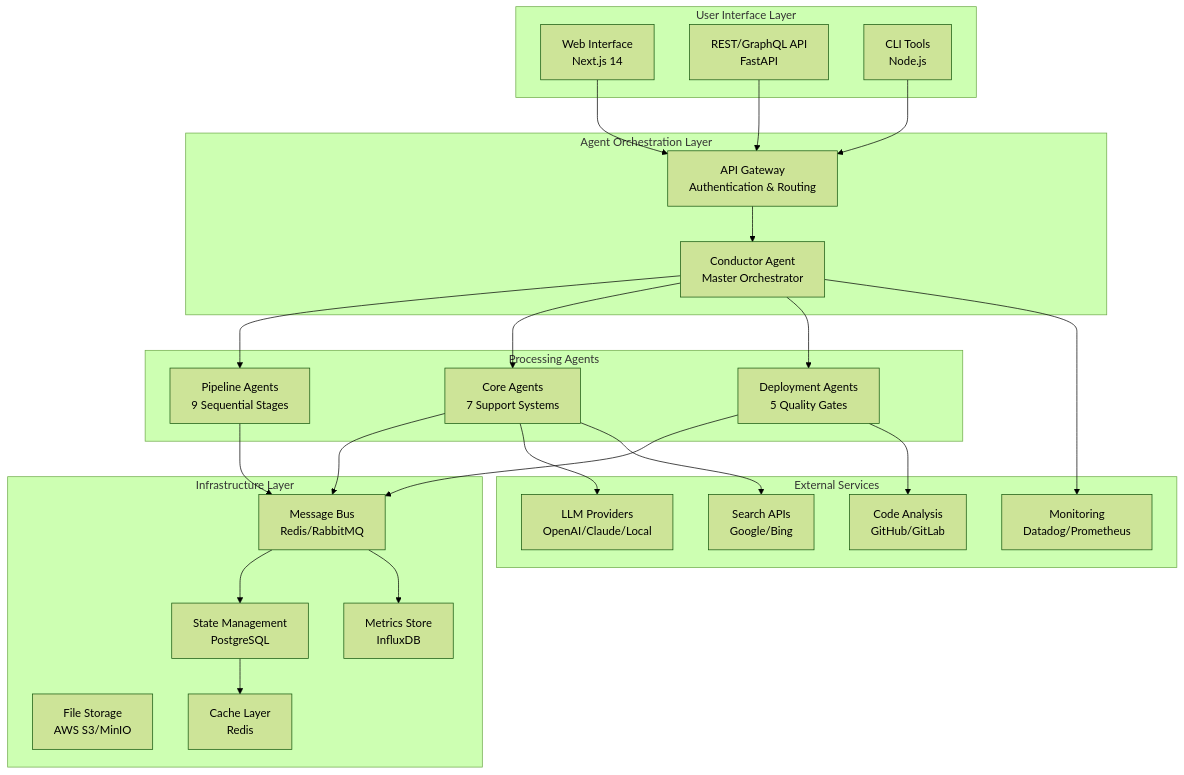
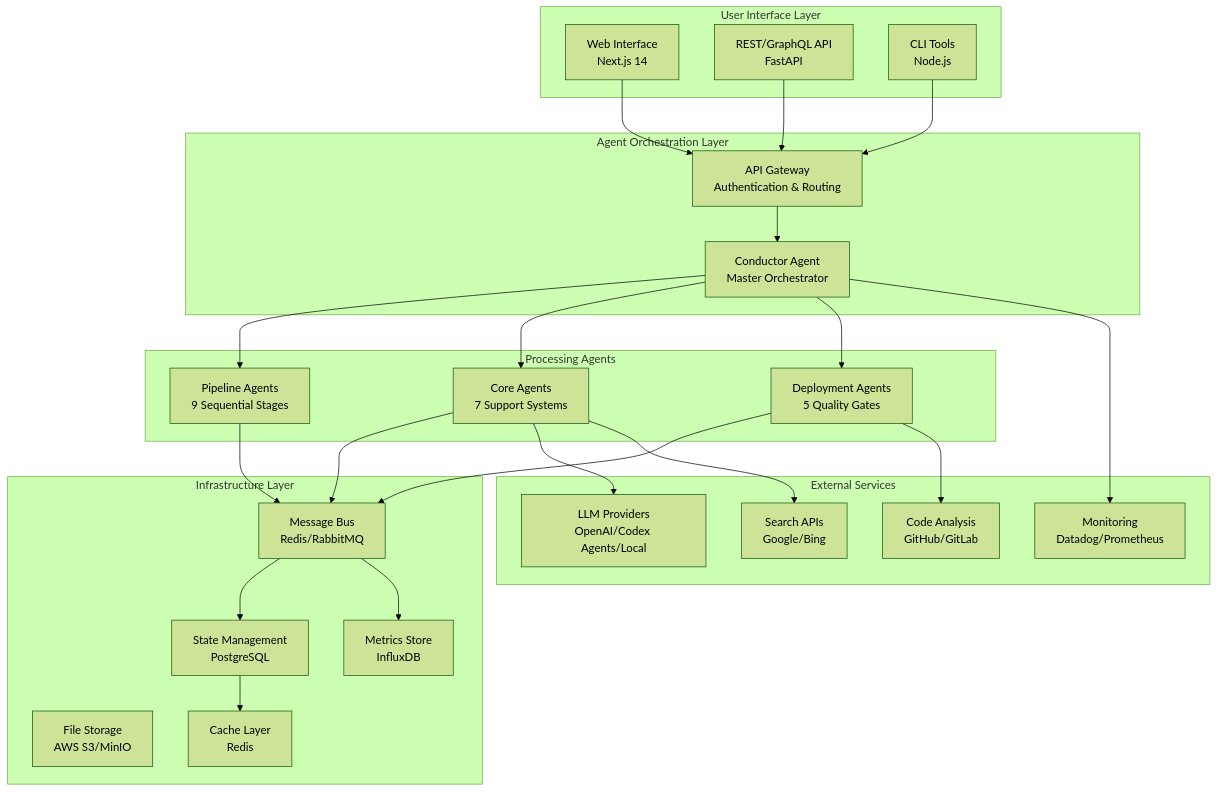
One commit to jeremybuehler/idea-2-startup changed the first of 5 diagrams in docs/ARCHITECTURE.md. Above: the diagram before and after it, drawn with Mermaid (forest theme). The commit also changed other lines of this file and 17 other files, not shown here.

Commit message:
🤖 Adopt Codex Agents workflow

````diff
--- a/docs/ARCHITECTURE.md
+++ b/docs/ARCHITECTURE.md
@@ -13,56 +13,56 @@
 ```mermaid
 graph TB
     subgraph "User Interface Layer"
         UI[Web Interface<br/>Next.js 14]
         API[REST/GraphQL API<br/>FastAPI]
         CLI[CLI Tools<br/>Node.js]
     end
     
     subgraph "Agent Orchestration Layer"
         Conductor[Conductor Agent<br/>Master Orchestrator]
         Gateway[API Gateway<br/>Authentication & Routing]
     end
     
     subgraph "Processing Agents"
         Pipeline[Pipeline Agents<br/>9 Sequential Stages]
         Core[Core Agents<br/>7 Support Systems]  
         Deploy[Deployment Agents<br/>5 Quality Gates]
     end
     
     subgraph "Infrastructure Layer"
         MessageBus[Message Bus<br/>Redis/RabbitMQ]
         StateStore[State Management<br/>PostgreSQL]
         FileStore[File Storage<br/>AWS S3/MinIO]
         MetricsDB[Metrics Store<br/>InfluxDB]
         Cache[Cache Layer<br/>Redis]
     end
     
     subgraph "External Services"
-        LLM[LLM Providers<br/>OpenAI/Claude/Local]
+        LLM[LLM Providers<br/>OpenAI/Codex Agents/Local]
         Search[Search APIs<br/>Google/Bing]
         CodeGen[Code Analysis<br/>GitHub/GitLab]
         Monitor[Monitoring<br/>Datadog/Prometheus]
     end
     
     UI --> Gateway
     API --> Gateway
     CLI --> Gateway
     
     Gateway --> Conductor
     Conductor --> Pipeline
     Conductor --> Core
     Conductor --> Deploy
     
     Pipeline --> MessageBus
     Core --> MessageBus
     Deploy --> MessageBus
     
     MessageBus --> StateStore
     MessageBus --> MetricsDB
     StateStore --> Cache
     
     Core --> LLM
     Core --> Search
     Deploy --> CodeGen
     Conductor --> Monitor
 ```
````
